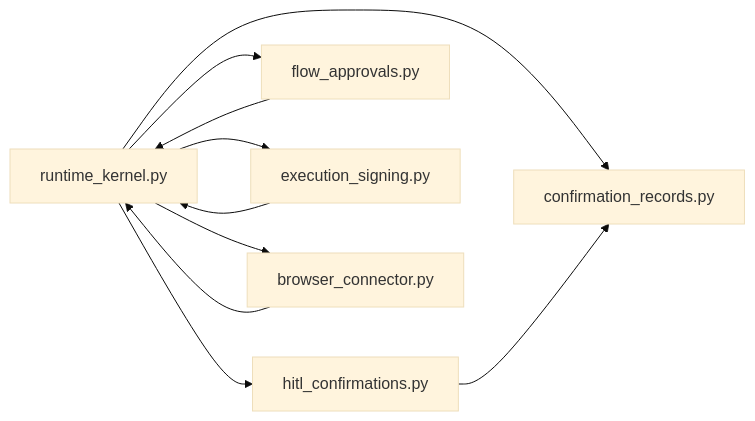
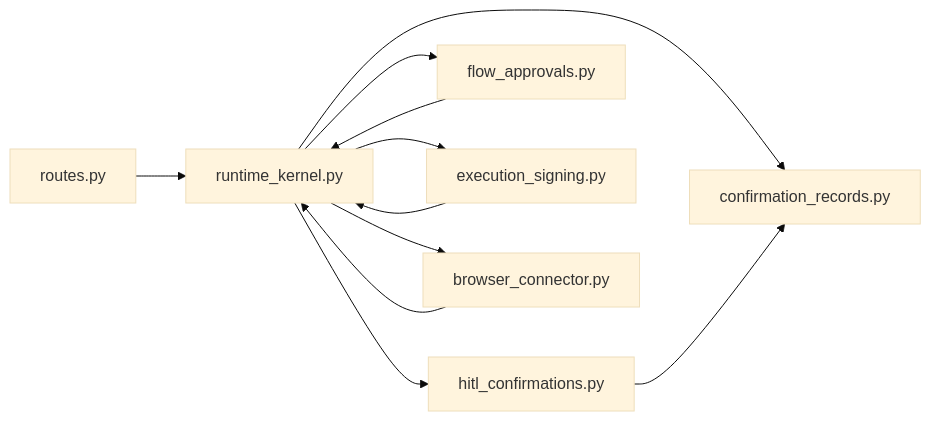
The ninth of 9 diagrams in .qoder/repowiki/en/content/Architecture Documentation/SPEC-054_ Action-Level Approval and Change Request Card.md (metasync/luban-aiops), drawn with Mermaid (base theme) before and after one commit. The commit also changed other lines of this file and 13 other files, not shown here.

````diff
--- a/.qoder/repowiki/en/content/Architecture Documentation/SPEC-054_ Action-Level Approval and Change Request Card.md
+++ b/.qoder/repowiki/en/content/Architecture Documentation/SPEC-054_ Action-Level Approval and Change Request Card.md
@@ -323,12 +365,13 @@
 ```mermaid
 graph LR
 RK["runtime_kernel.py"] --> HC["hitl_confirmations.py"]
 RK --> CR["confirmation_records.py"]
 RK --> FA["flow_approvals.py"]
 RK --> ES["execution_signing.py"]
 RK --> BC["browser_connector.py"]
+RT["routes.py"] --> RK
 HC --> CR
 FA --> RK
 ES --> RK
 BC --> RK
 ```
````
